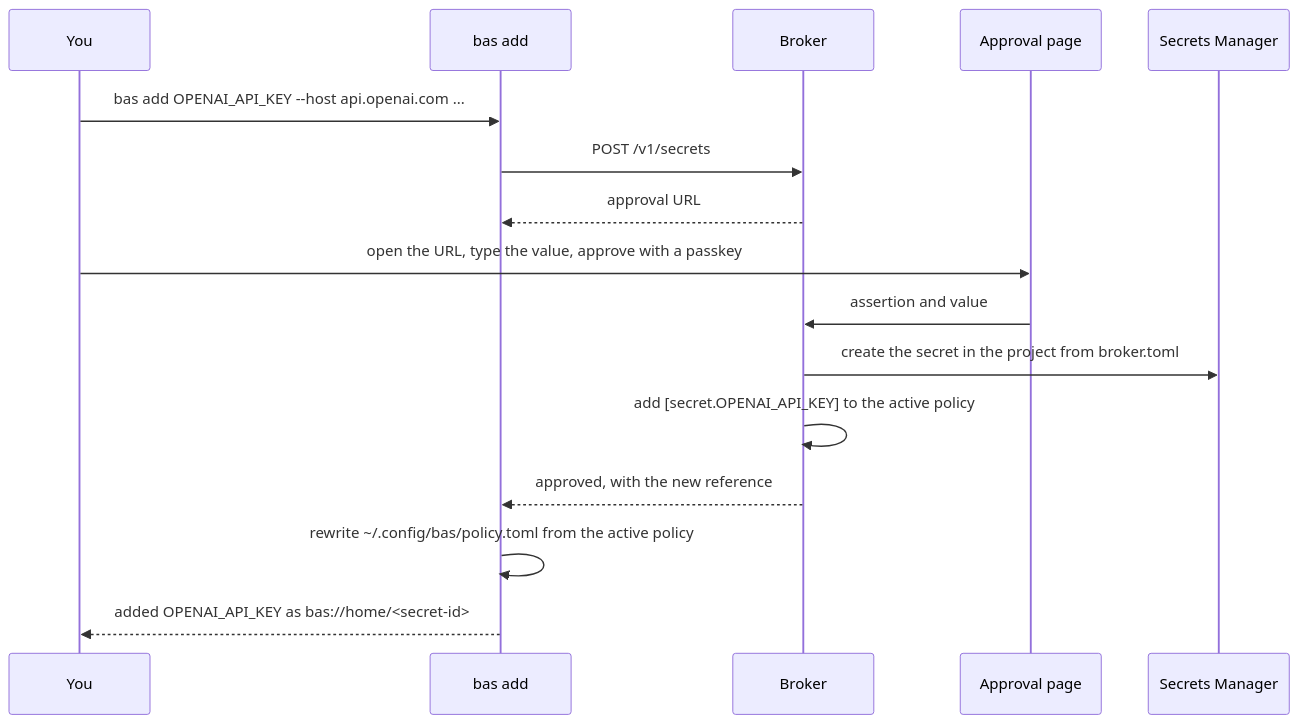
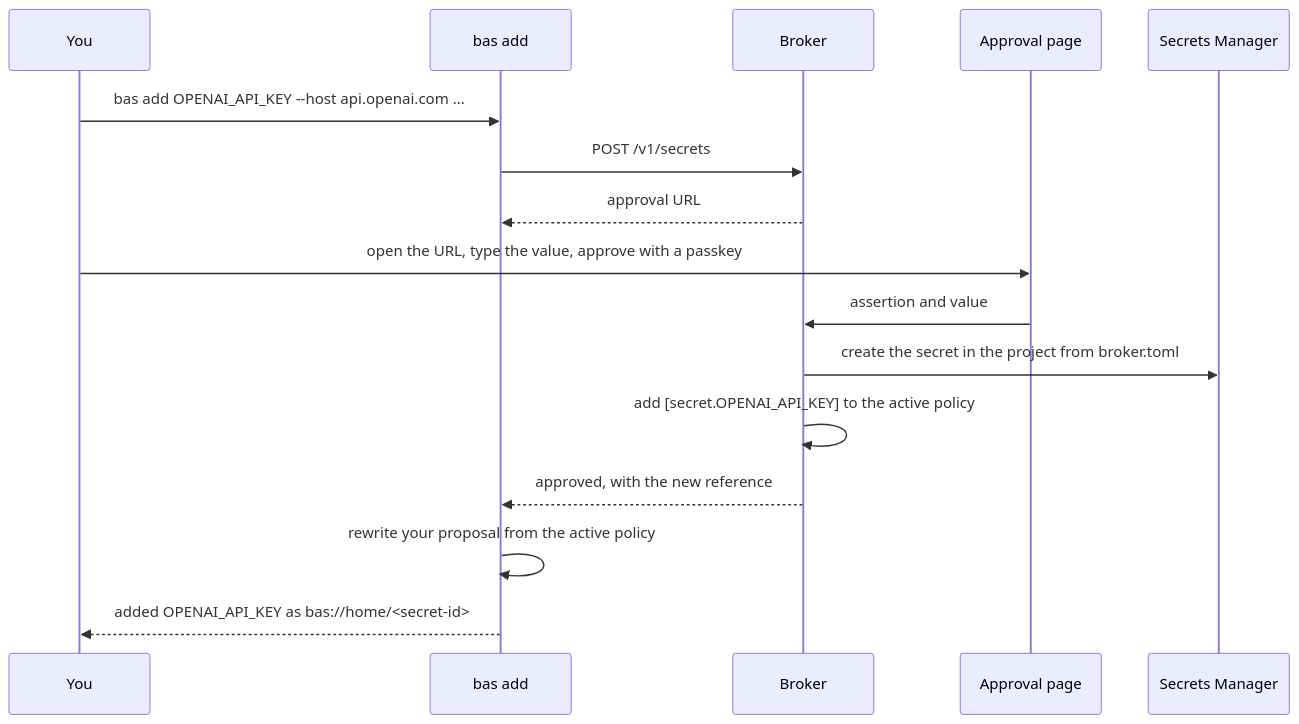
Before and after one commit to Snestra/bas: the diagram in docs/src/broker/daily-use.md, drawn with Mermaid. The commit also changed other lines of this file and 5 other files, not shown here.

First line of the commit message:
Name the macOS policy proposal path and create _bas with dscl

````diff
--- a/docs/src/broker/daily-use.md
+++ b/docs/src/broker/daily-use.md
@@ -55,18 +55,18 @@
 ```mermaid
 sequenceDiagram
     participant You
     participant bas as bas add
     participant B as Broker
     participant Page as Approval page
     participant SM as Secrets Manager
     You->>bas: bas add OPENAI_API_KEY --host api.openai.com ...
     bas->>B: POST /v1/secrets
     B-->>bas: approval URL
     You->>Page: open the URL, type the value, approve with a passkey
     Page->>B: assertion and value
     B->>SM: create the secret in the project from broker.toml
     B->>B: add [secret.OPENAI_API_KEY] to the active policy
     B-->>bas: approved, with the new reference
-    bas->>bas: rewrite ~/.config/bas/policy.toml from the active policy
+    bas->>bas: rewrite your proposal from the active policy
     bas-->>You: added OPENAI_API_KEY as bas://home/<secret-id>
 ```
````
